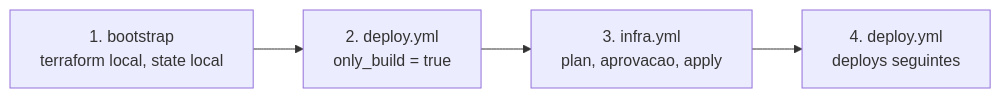
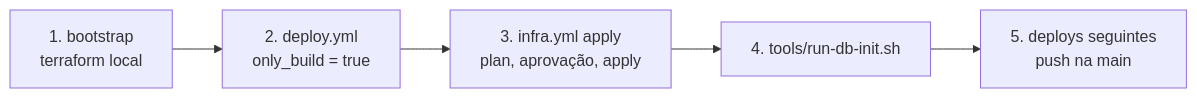
One commit to ReaperCord/simple-api changed the third of 3 diagrams in README.md. Above: the diagram before and after it, drawn with Mermaid. The commit also changed other lines of this file and 4 other files, not shown here.

````diff
--- a/README.md
+++ b/README.md
@@ -223,9 +334,4 @@
 ```mermaid
 flowchart LR
-    boot["1. bootstrap<br/>terraform local, state local"]
-    img["2. deploy.yml<br/>only_build = true"]
-    infra["3. infra.yml<br/>plan, aprovacao, apply"]
-    dep["4. deploy.yml<br/>deploys seguintes"]
-
-    boot --> img --> infra --> dep
+    boot["1. bootstrap<br/>terraform local"] --> img["2. deploy.yml<br/>only_build = true"] --> infra["3. infra.yml apply<br/>plan, aprovação, apply"] --> init["4. tools/run-db-init.sh"] --> dep["5. deploys seguintes<br/>push na main"]
 ```
````
